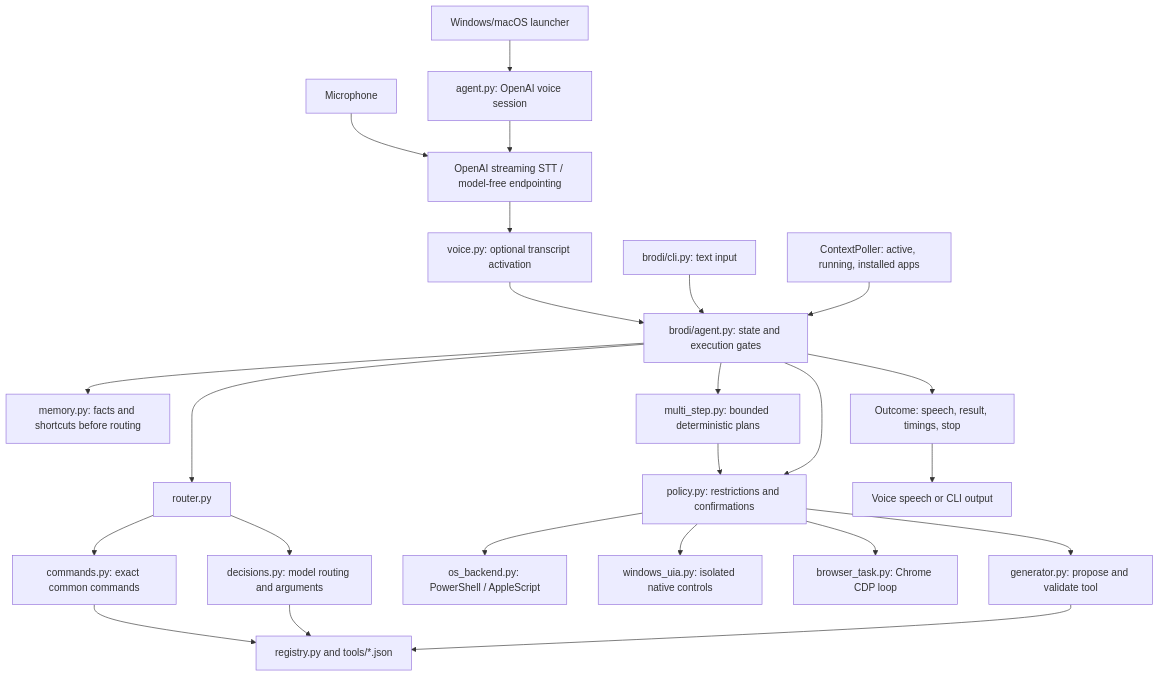
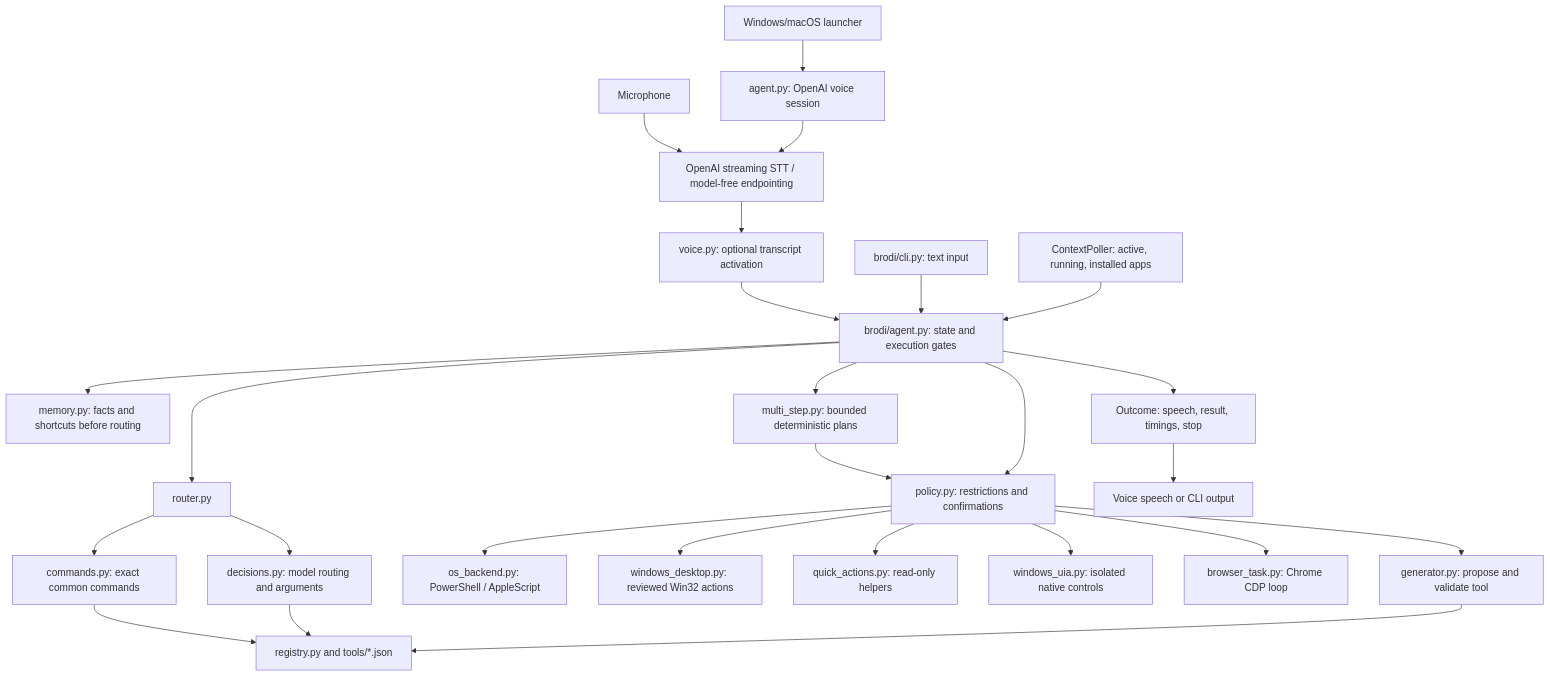
Before and after one commit to OmiChrome/Brodi: the diagram in docs/ARCHITECTURE.md, drawn with Mermaid. The commit also changed other lines of this file and 22 other files, not shown here.

````diff
--- a/docs/ARCHITECTURE.md
+++ b/docs/ARCHITECTURE.md
@@ -27,26 +27,28 @@
 ```mermaid
 flowchart TD
     Start[Windows/macOS launcher] --> Voice[agent.py: OpenAI voice session]
     Mic[Microphone] --> Transcript[OpenAI streaming STT / model-free endpointing]
     Voice --> Transcript
     Transcript --> Gate[voice.py: optional transcript activation]
     Gate --> Core[brodi/agent.py: state and execution gates]
     CLI[brodi/cli.py: text input] --> Core
     Context[ContextPoller: active, running, installed apps] --> Core
     Core --> Memory[memory.py: facts and shortcuts before routing]
     Core --> Plans[multi_step.py: bounded deterministic plans]
     Plans --> Policy
     Core --> Router[router.py]
     Router --> Local[commands.py: exact common commands]
     Router --> Decisions[decisions.py: model routing and arguments]
     Local --> Registry[registry.py and tools/*.json]
     Decisions --> Registry
     Core --> Policy[policy.py: restrictions and confirmations]
     Policy --> OS[os_backend.py: PowerShell / AppleScript]
+    Policy --> Native[windows_desktop.py: reviewed Win32 actions]
+    Policy --> Builtin[quick_actions.py: read-only helpers]
     Policy --> UIA[windows_uia.py: isolated native controls]
     Policy --> Browser[browser_task.py: Chrome CDP loop]
     Policy --> Learn[generator.py: propose and validate tool]
     Learn --> Registry
     Core --> Outcome[Outcome: speech, result, timings, stop]
     Outcome --> Reply[Voice speech or CLI output]
 ```
````
